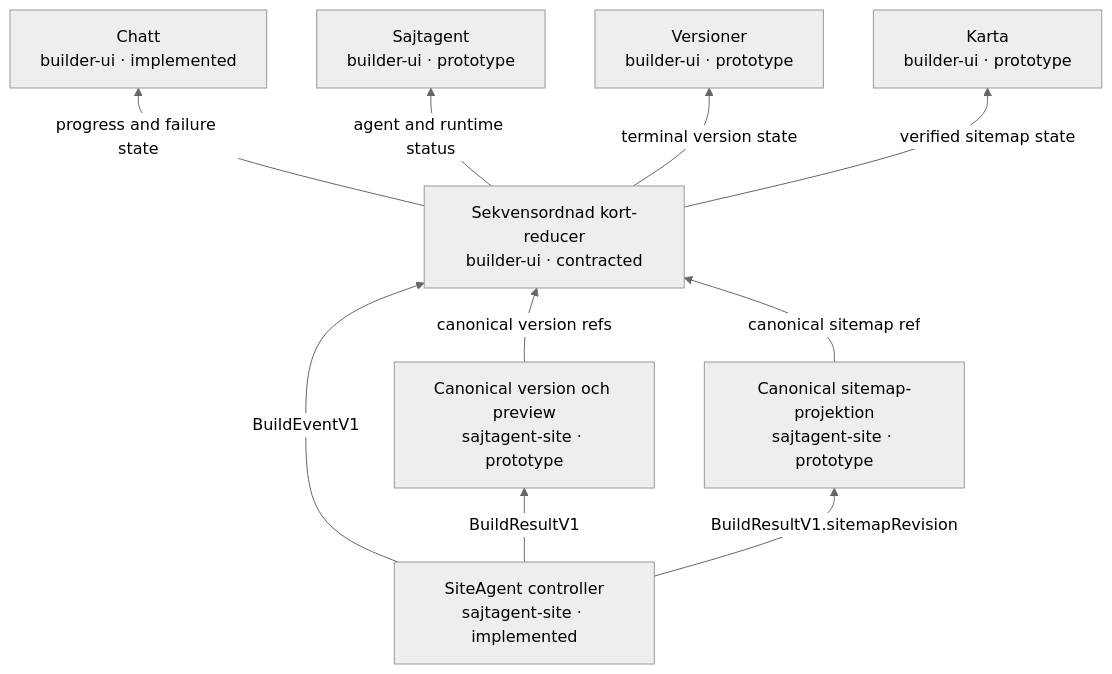
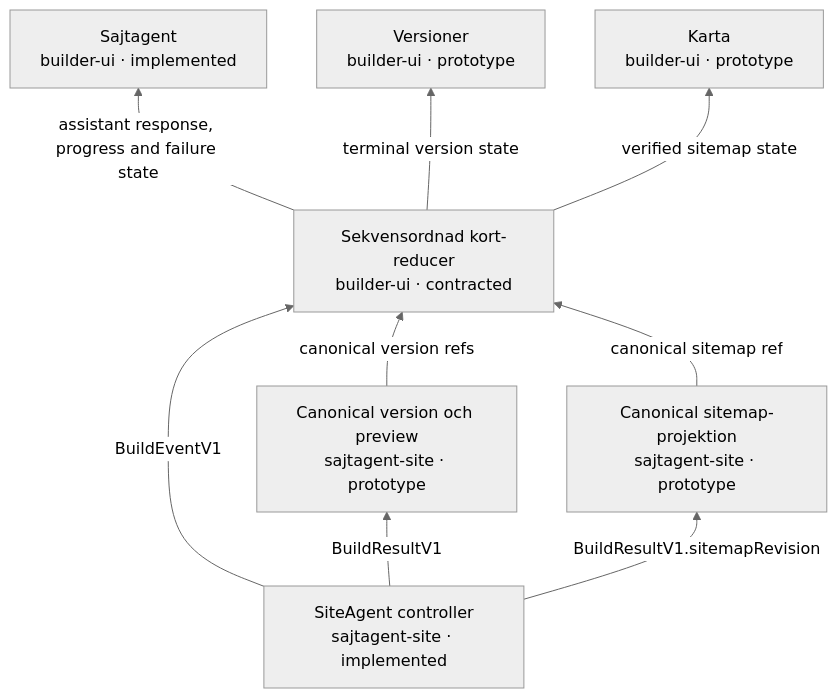
The second of 2 diagrams in docs/card-flow.md (Jakeminator123/sajtagent-site), drawn with Mermaid (neutral theme) before and after one commit. The commit also changed other lines of this file and 15 other files, not shown here.

Commit message:
fix: route Chat messages to the Sajtagent card

````diff
--- a/docs/card-flow.md
+++ b/docs/card-flow.md
@@ -26,20 +26,18 @@
 ```mermaid
 flowchart BT
     n_product_controller["SiteAgent controller<br/>sajtagent-site · implemented"]
     n_product_version["Canonical version och preview<br/>sajtagent-site · prototype"]
     n_product_controller -->|"BuildResultV1"| n_product_version
     n_product_sitemap["Canonical sitemap-projektion<br/>sajtagent-site · prototype"]
     n_product_controller -->|"BuildResultV1.sitemapRevision"| n_product_sitemap
     n_ui_event_reducer["Sekvensordnad kort-reducer<br/>builder-ui · contracted"]
     n_product_controller -->|"BuildEventV1"| n_ui_event_reducer
     n_product_version -->|"canonical version refs"| n_ui_event_reducer
     n_product_sitemap -->|"canonical sitemap ref"| n_ui_event_reducer
-    n_card_chat["Chatt<br/>builder-ui · implemented"]
-    n_ui_event_reducer -->|"progress and failure state"| n_card_chat
-    n_card_agent["Sajtagent<br/>builder-ui · prototype"]
-    n_ui_event_reducer -->|"agent and runtime status"| n_card_agent
+    n_card_agent["Sajtagent<br/>builder-ui · implemented"]
+    n_ui_event_reducer -->|"assistant response, progress and failure state"| n_card_agent
     n_card_versions["Versioner<br/>builder-ui · prototype"]
     n_ui_event_reducer -->|"terminal version state"| n_card_versions
     n_card_map["Karta<br/>builder-ui · prototype"]
     n_ui_event_reducer -->|"verified sitemap state"| n_card_map
 ```
````
